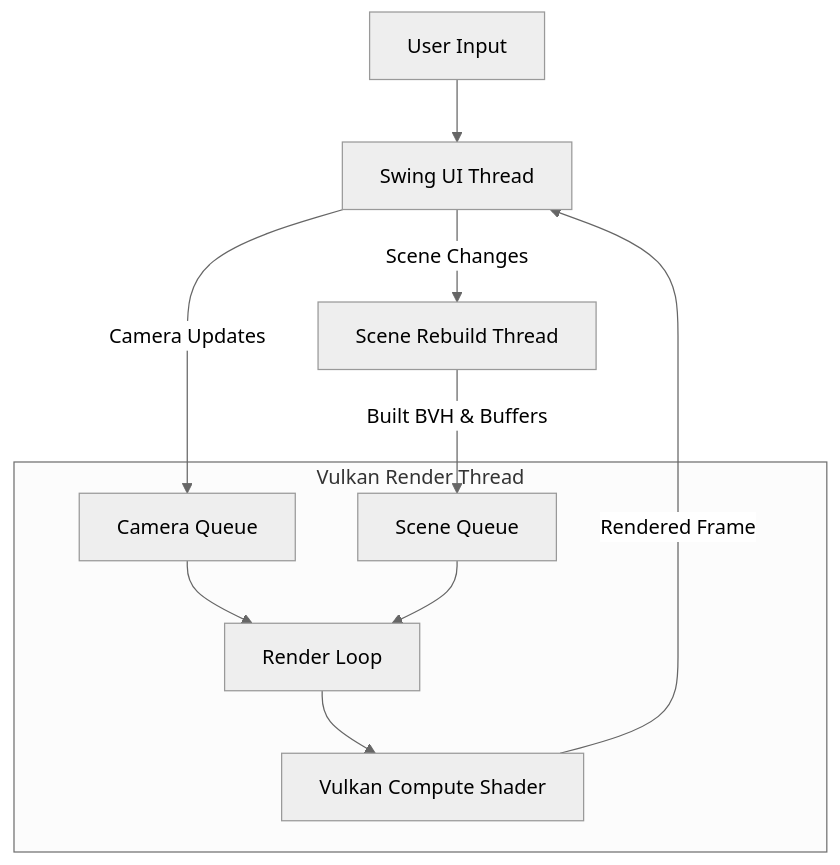
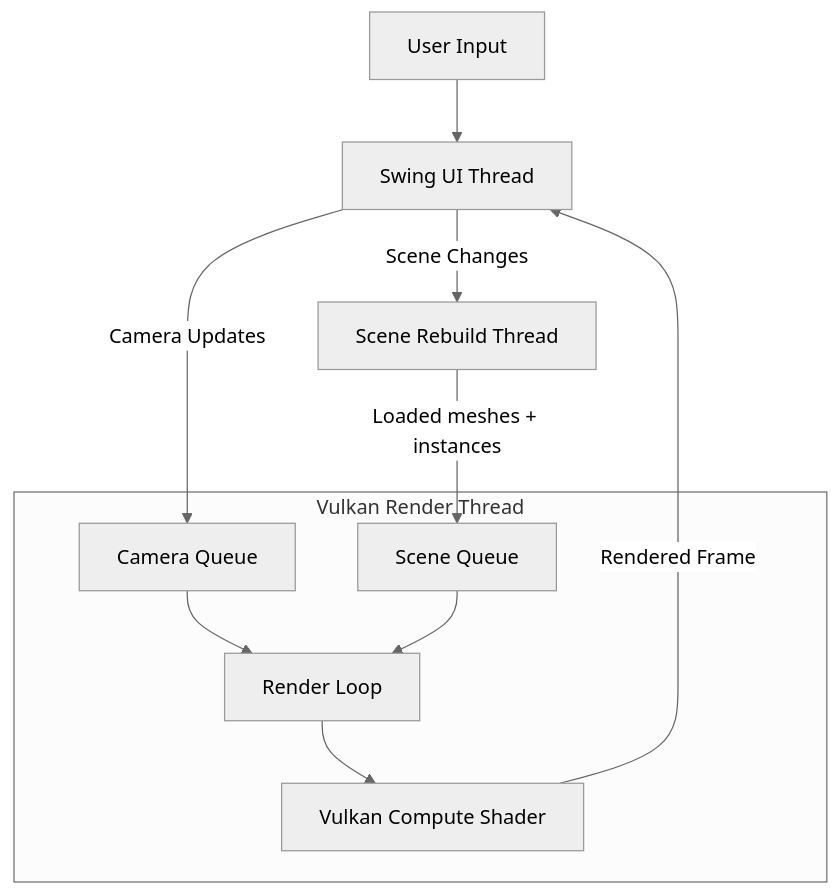
One commit to this-Demir/3D-Ray-Tracer-Vulkan changed the diagram in README.md. Above: the diagram before and after it, drawn with Mermaid (neutral theme). The commit also changed other lines of this file and 21 other files, not shown here.

````diff
--- a/README.md
+++ b/README.md
@@ -48,16 +53,16 @@
 ```mermaid
 graph TD
     User[User Input] --> UI[Swing UI Thread]
     UI -- "Camera Updates" --> Q1[Camera Queue]
     UI -- "Scene Changes" --> SRT[Scene Rebuild Thread]
-    SRT -- "Built BVH & Buffers" --> Q2[Scene Queue]
+    SRT -- "Loaded meshes + instances" --> Q2[Scene Queue]
     
     subgraph VRT [Vulkan Render Thread]
         Loop[Render Loop]
         Q1 --> Loop
         Q2 --> Loop
         Loop --> GPU[Vulkan Compute Shader]
     end
     
     GPU -- "Rendered Frame" --> UI
 ```
````
